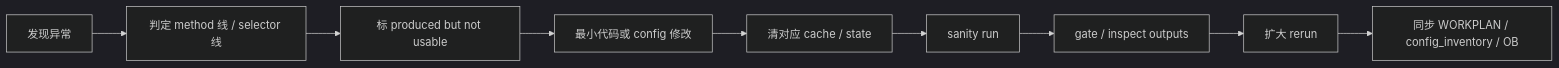
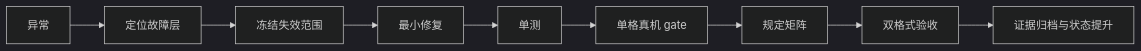
The diagram in GULib-master/文档规划/10_实验矩阵/13_重跑与缓存修复Runbook.md (lelelelelelelelelelelelele/OpenGU), drawn with Mermaid (dark theme) before and after one commit. The commit also changed other lines of this file and 37 other files, not shown here.

Commit message:
docs(graphrevoker): close repair evidence and retire runbooks

````diff
--- a/GULib-master/文档规划/10_实验矩阵/13_重跑与缓存修复Runbook.md
+++ b/GULib-master/文档规划/10_实验矩阵/13_重跑与缓存修复Runbook.md
@@ -29,11 +160,11 @@
 ```mermaid
 flowchart LR
-  A[发现异常] --> B[判定 method 线 / selector 线]
-  B --> C[标 produced but not usable]
-  C --> D[最小代码或 config 修改]
-  D --> E[清对应 cache / state]
-  E --> F[sanity run]
-  F --> G[gate / inspect outputs]
-  G --> H[扩大 rerun]
-  H --> I[同步 WORKPLAN / config_inventory / OB]
+  A[异常] --> B[定位故障层]
+  B --> C[冻结失效范围]
+  C --> D[最小修复]
+  D --> E[单测]
+  E --> F[单格真机 gate]
+  F --> G[规定矩阵]
+  G --> H[双格式验收]
+  H --> I[证据归档与状态提升]
 ```
````
